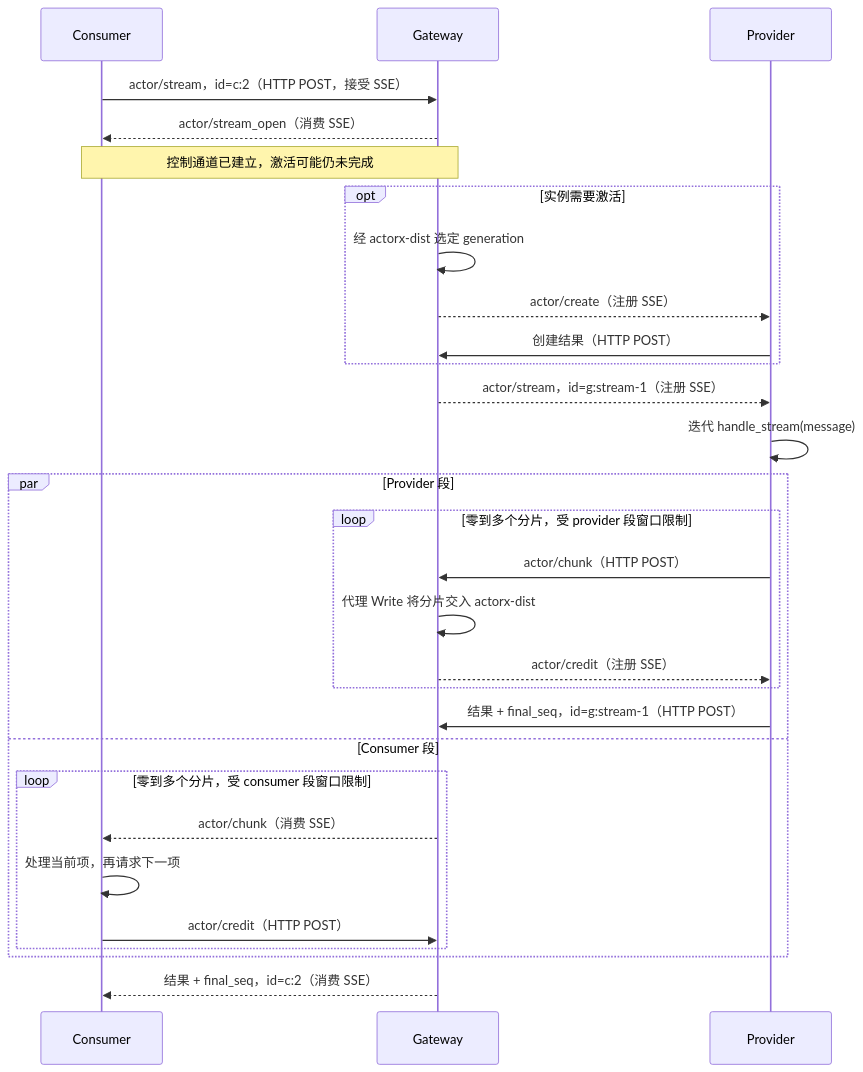
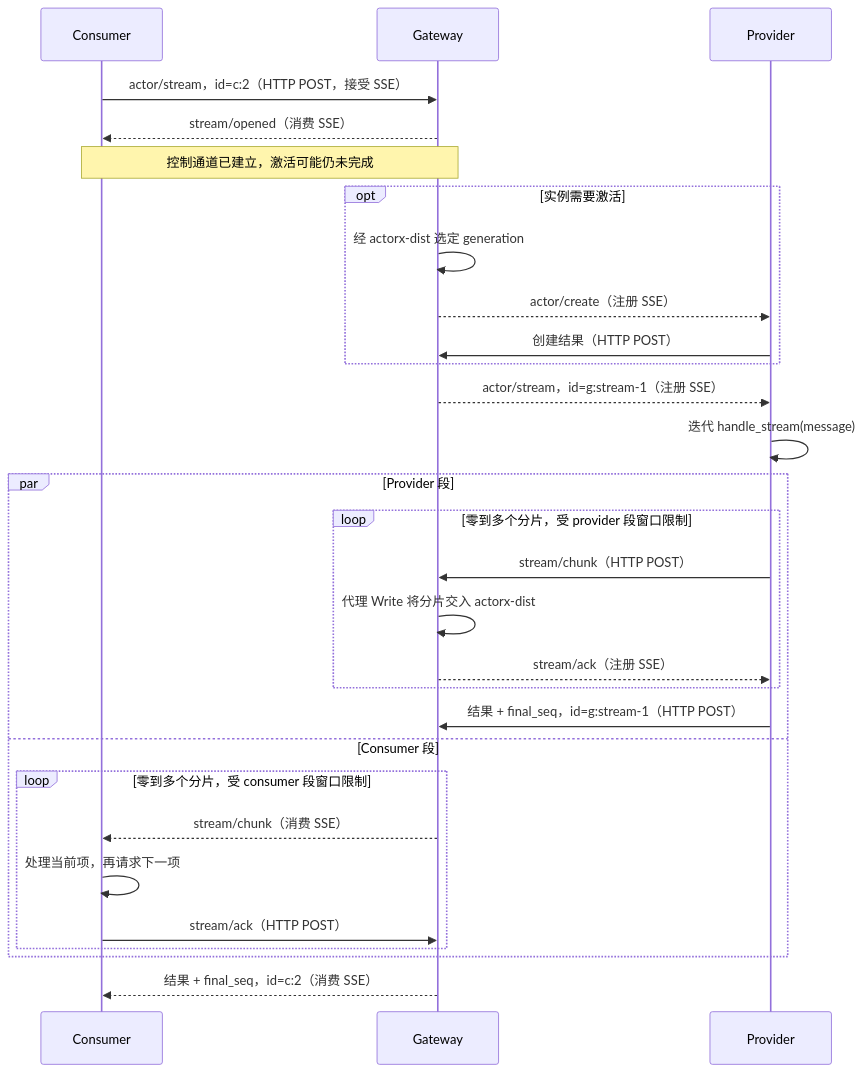
The third of 4 diagrams in remote/docs/protocol.zh.md (go-aie/actorx-dist), drawn with Mermaid before and after one commit. The commit also changed other lines of this file and 25 other files, not shown here.

````diff
--- a/remote/docs/protocol.zh.md
+++ b/remote/docs/protocol.zh.md
@@ -341,31 +341,31 @@
 ```mermaid
 sequenceDiagram
     participant C as Consumer
     participant G as Gateway
     participant P as Provider
     C->>G: actor/stream，id=c:2（HTTP POST，接受 SSE）
-    G-->>C: actor/stream_open（消费 SSE）
+    G-->>C: stream/opened（消费 SSE）
     Note over C,G: 控制通道已建立，激活可能仍未完成
     opt 实例需要激活
         G->>G: 经 actorx-dist 选定 generation
         G-->>P: actor/create（注册 SSE）
         P->>G: 创建结果（HTTP POST）
     end
     G-->>P: actor/stream，id=g:stream-1（注册 SSE）
     P->>P: 迭代 handle_stream(message)
     par Provider 段
         loop 零到多个分片，受 provider 段窗口限制
-            P->>G: actor/chunk（HTTP POST）
+            P->>G: stream/chunk（HTTP POST）
             G->>G: 代理 Write 将分片交入 actorx-dist
-            G-->>P: actor/credit（注册 SSE）
+            G-->>P: stream/ack（注册 SSE）
         end
         P->>G: 结果 + final_seq，id=g:stream-1（HTTP POST）
     and Consumer 段
         loop 零到多个分片，受 consumer 段窗口限制
-            G-->>C: actor/chunk（消费 SSE）
+            G-->>C: stream/chunk（消费 SSE）
             C->>C: 处理当前项，再请求下一项
-            C->>G: actor/credit（HTTP POST）
+            C->>G: stream/ack（HTTP POST）
         end
     end
     G-->>C: 结果 + final_seq，id=c:2（消费 SSE）
 ```
````
